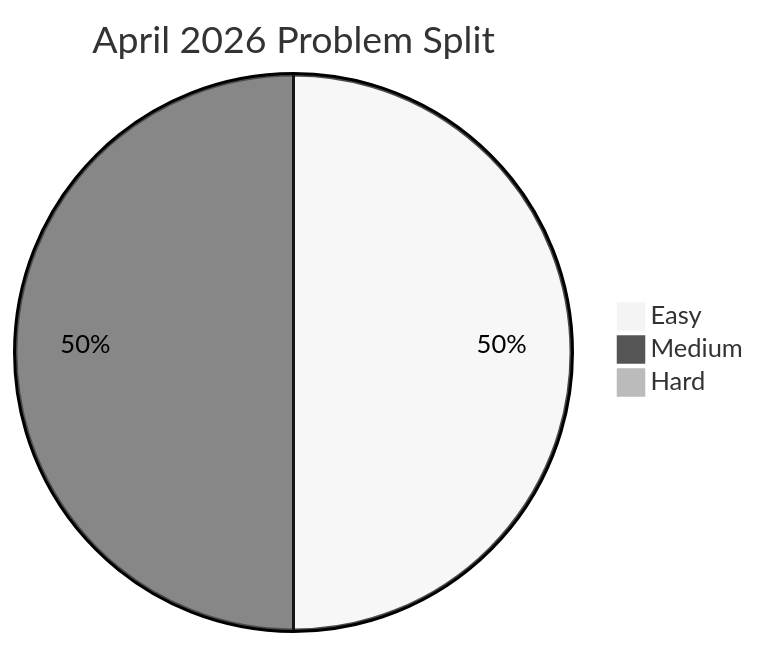
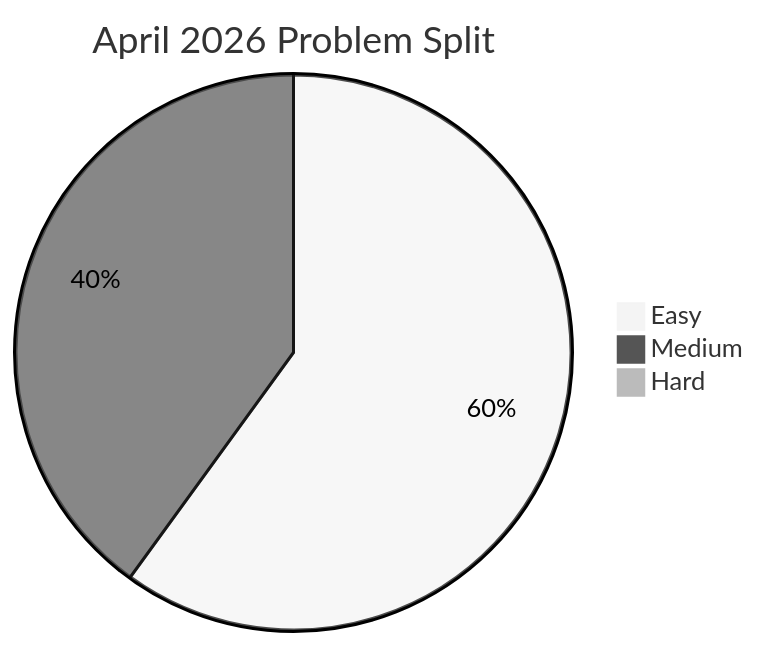
Before and after one commit to manikantbindass/Codeforces-Interview-Preparation-Journey: the third of 4 diagrams in README.md, drawn with Mermaid (neutral theme). The commit also changed other lines of this file and 1 other file, not shown here.

````diff
--- a/README.md
+++ b/README.md
@@ -407,6 +407,6 @@
 ```mermaid
 pie title April 2026 Problem Split
-    "Easy" : 2
+    "Easy" : 3
     "Medium" : 2
     "Hard" : 0
 ```
````
